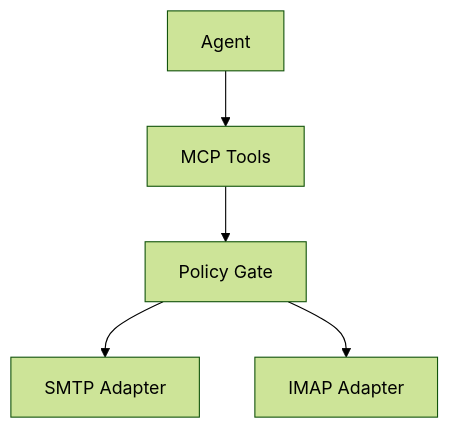
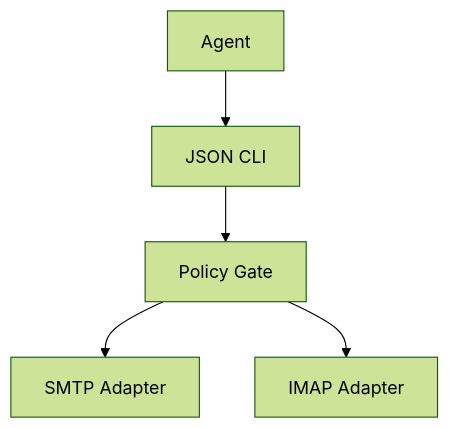
One commit to CruxExperts/localsetup changed the diagram in ls/skills/ls-mail-protocol-control/references/USER_GUIDE.md. Above: the diagram before and after it, drawn with Mermaid (forest theme). The commit also changed other lines of this file and 27 other files, not shown here.

````diff
--- a/ls/skills/ls-mail-protocol-control/references/USER_GUIDE.md
+++ b/ls/skills/ls-mail-protocol-control/references/USER_GUIDE.md
@@ -27,7 +27,7 @@
 ```mermaid
 flowchart TD
-  agent[Agent] --> mcp[MCP Tools]
-  mcp --> policy[Policy Gate]
+  agent[Agent] --> cli[JSON CLI]
+  cli --> policy[Policy Gate]
   policy --> smtp[SMTP Adapter]
   policy --> imap[IMAP Adapter]
 ```
````
